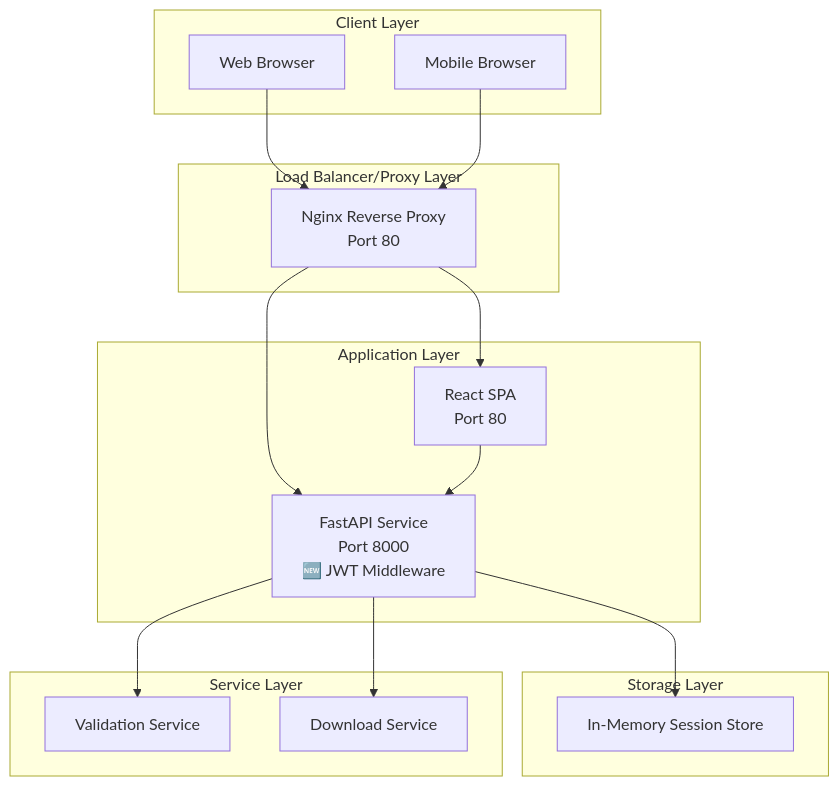
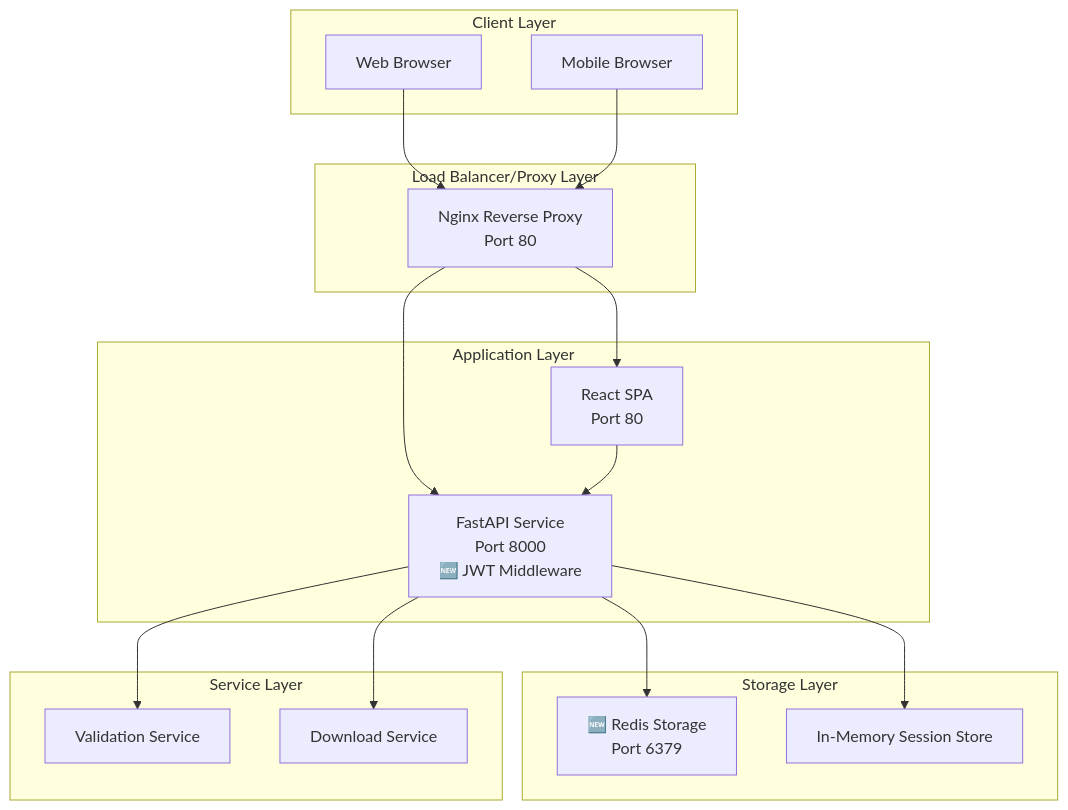
One commit to fuhdan/certificate-tools changed the first of 13 diagrams in TECHNICAL.md. Above: the diagram before and after it, drawn with Mermaid. The commit also changed other lines of this file and 1 other file, not shown here.

````diff
--- a/TECHNICAL.md
+++ b/TECHNICAL.md
@@ -24,34 +25,36 @@
 ```mermaid
 graph TB
     subgraph "Client Layer"
         Browser[Web Browser]
         Mobile[Mobile Browser]
     end
     
     subgraph "Load Balancer/Proxy Layer"
         Nginx[Nginx Reverse Proxy<br/>Port 80]
     end
     
     subgraph "Application Layer"
         Frontend[React SPA<br/>Port 80]
         Backend[FastAPI Service<br/>Port 8000<br/>🆕 JWT Middleware]
     end
     
     subgraph "Storage Layer"
+        Redis[🆕 Redis Storage<br/>Port 6379]
         Memory[In-Memory Session Store]
     end
     
     subgraph "Service Layer"
         VS[Validation Service]
         DS[Download Service]
     end
     
     Browser --> Nginx
     Mobile --> Nginx
     Nginx --> Frontend
     Nginx --> Backend
     Frontend --> Backend
+    Backend --> Redis
     Backend --> Memory
     Backend --> VS
     Backend --> DS
 ```
````
